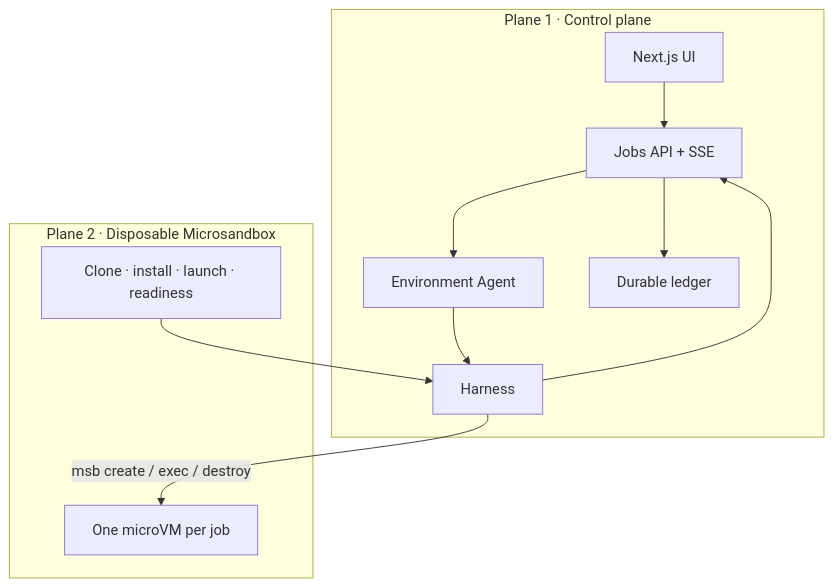
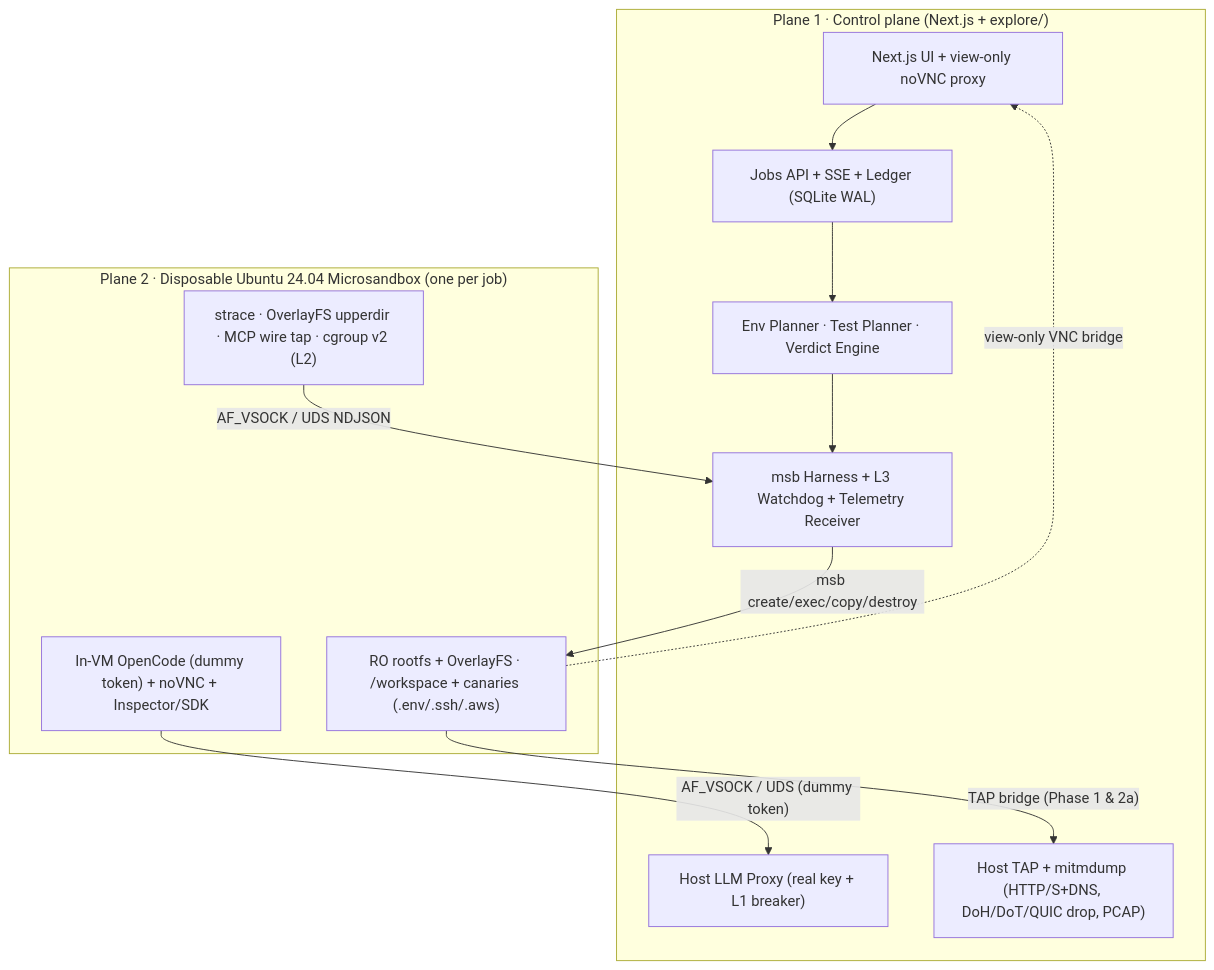
The third of 4 diagrams in README.md (ludvigodin/killhub), drawn with Mermaid before and after one commit. The commit also changed other lines of this file and 35 other files, not shown here.

````diff
--- a/README.md
+++ b/README.md
@@ -71,23 +69,24 @@
 ```mermaid
 flowchart TB
-  subgraph plane1 ["Plane 1 · Control plane"]
-    UI["Next.js UI"]
-    API["Jobs API + SSE"]
-    Agent["Environment Agent"]
-    Harness["Harness"]
-    Ledger["Durable ledger"]
+  subgraph plane1 ["Plane 1 · Control plane (Next.js + explore/)"]
+    UI["Next.js UI + view-only noVNC proxy"]
+    API["Jobs API + SSE + Ledger (SQLite WAL)"]
+    Agents["Env Planner · Test Planner · Verdict Engine"]
+    LLMProxy["Host LLM Proxy (real key + L1 breaker)"]
+    NetMon["Host TAP + mitmdump (HTTP/S+DNS, DoH/DoT/QUIC drop, PCAP)"]
+    Harness["msb Harness + L3 Watchdog + Telemetry Receiver"]
   end
 
-  subgraph plane2 ["Plane 2 · Disposable Microsandbox"]
-    VM["One microVM per job"]
-    Work["Clone · install · launch · readiness"]
+  subgraph plane2 ["Plane 2 · Disposable Ubuntu 24.04 Microsandbox (one per job)"]
+    VM["RO rootfs + OverlayFS · /workspace + canaries (.env/.ssh/.aws)"]
+    Victim["In-VM OpenCode (dummy token) + noVNC + Inspector/SDK"]
+    Sensors["strace · OverlayFS upperdir · MCP wire tap · cgroup v2 (L2)"]
   end
 
-  UI --> API
-  API --> Agent
-  Agent --> Harness
-  Harness -->|"msb create / exec / destroy"| VM
-  Work --> Harness
-  Harness --> API
-  API --> Ledger
+  UI --> API --> Agents --> Harness
+  Harness -->|"msb create/exec/copy/destroy"| VM
+  Victim -->|"AF_VSOCK / UDS (dummy token)"| LLMProxy
+  Sensors -->|"AF_VSOCK / UDS NDJSON"| Harness
+  VM -->|"TAP bridge (Phase 1 & 2a)"| NetMon
+  VM -.->|"view-only VNC bridge"| UI
 ```
````
